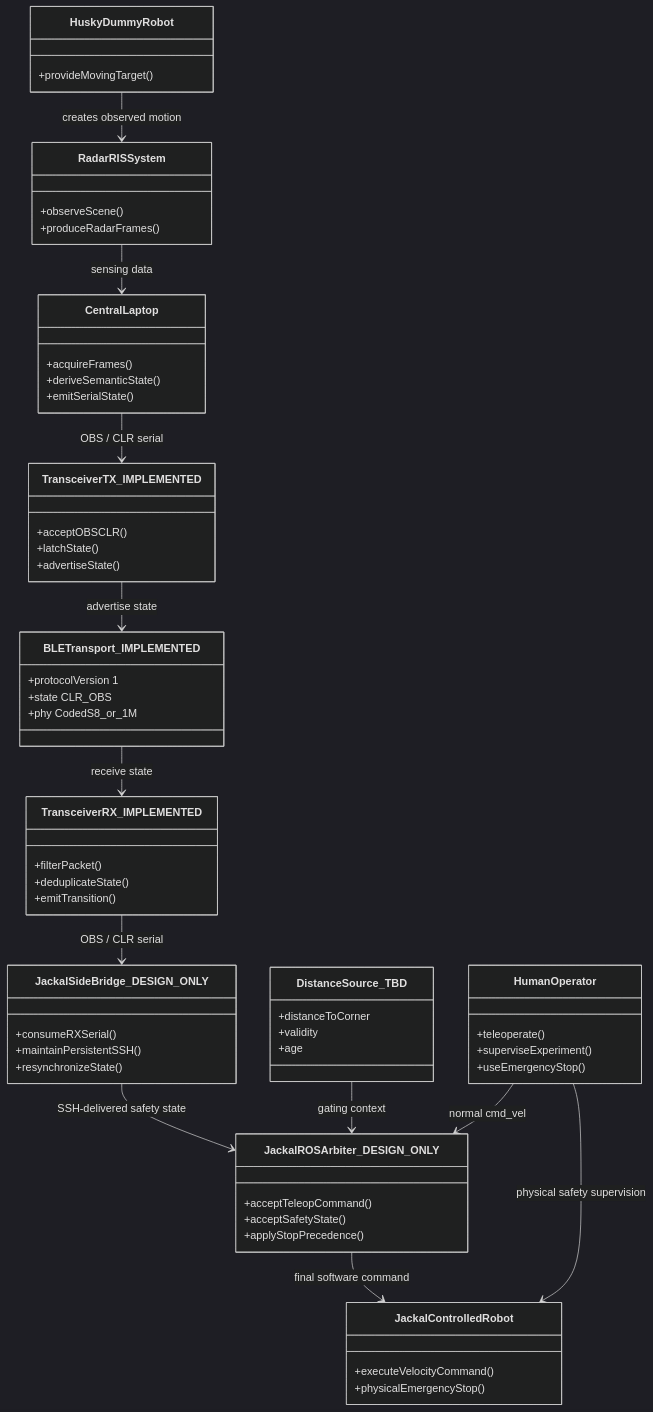
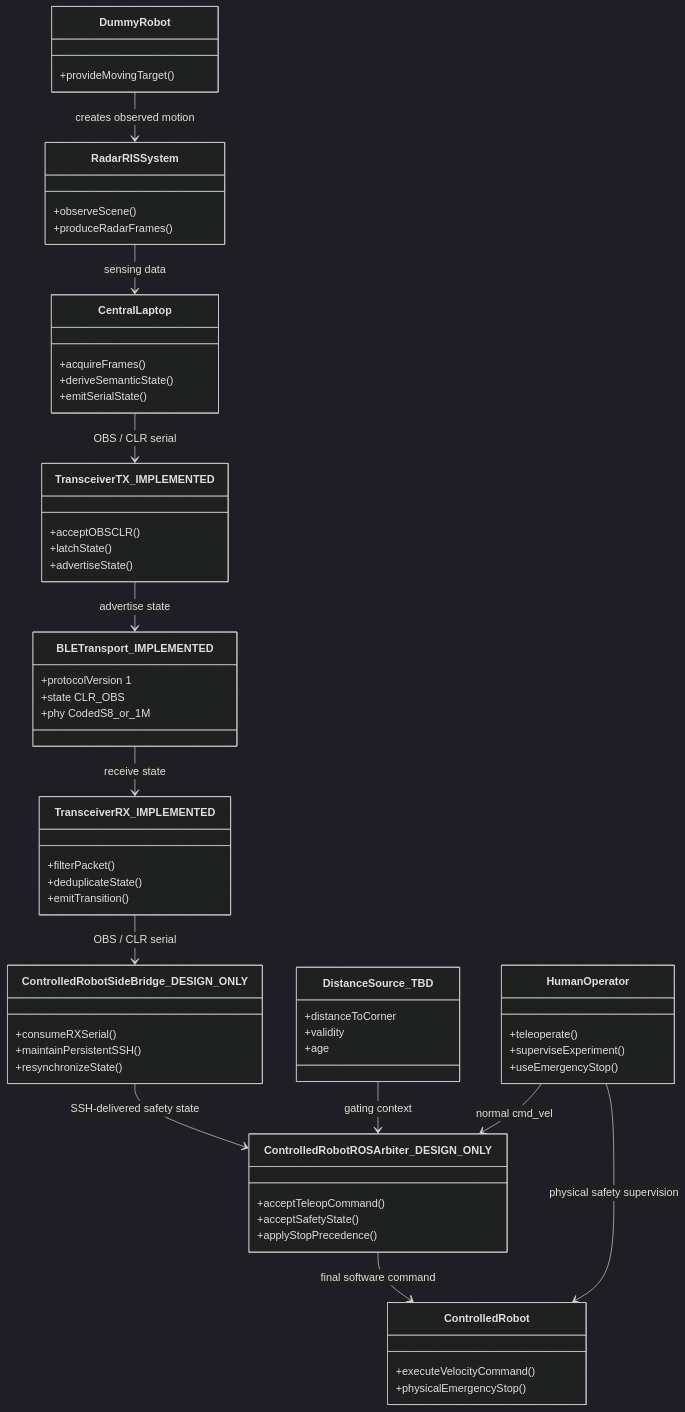
Before and after one commit to kirolossedra/RIS-Robotics: the first of 12 diagrams in system/uml.md, drawn with Mermaid (dark theme). The commit also changed other lines of this file and 7 other files, not shown here.

````diff
--- a/system/uml.md
+++ b/system/uml.md
@@ -52,66 +52,66 @@
 ```mermaid
 classDiagram
-    class HuskyDummyRobot {
+    class DummyRobot {
         +provideMovingTarget()
     }
     class RadarRISSystem {
         +observeScene()
         +produceRadarFrames()
     }
     class CentralLaptop {
         +acquireFrames()
         +deriveSemanticState()
         +emitSerialState()
     }
     class TransceiverTX_IMPLEMENTED {
         +acceptOBSCLR()
         +latchState()
         +advertiseState()
     }
     class BLETransport_IMPLEMENTED {
         +protocolVersion 1
         +state CLR_OBS
         +phy CodedS8_or_1M
     }
     class TransceiverRX_IMPLEMENTED {
         +filterPacket()
         +deduplicateState()
         +emitTransition()
     }
-    class JackalSideBridge_DESIGN_ONLY {
+    class Controlled RobotSideBridge_DESIGN_ONLY {
         +consumeRXSerial()
         +maintainPersistentSSH()
         +resynchronizeState()
     }
-    class JackalROSArbiter_DESIGN_ONLY {
+    class Controlled RobotROSArbiter_DESIGN_ONLY {
         +acceptTeleopCommand()
         +acceptSafetyState()
         +applyStopPrecedence()
     }
     class DistanceSource_TBD {
         +distanceToCorner
         +validity
         +age
     }
-    class JackalControlledRobot {
+    class ControlledRobot {
         +executeVelocityCommand()
         +physicalEmergencyStop()
     }
     class HumanOperator {
         +teleoperate()
         +superviseExperiment()
         +useEmergencyStop()
     }
 
-    HuskyDummyRobot --> RadarRISSystem : creates observed motion
+    DummyRobot --> RadarRISSystem : creates observed motion
     RadarRISSystem --> CentralLaptop : sensing data
     CentralLaptop --> TransceiverTX_IMPLEMENTED : OBS / CLR serial
     TransceiverTX_IMPLEMENTED --> BLETransport_IMPLEMENTED : advertise state
     BLETransport_IMPLEMENTED --> TransceiverRX_IMPLEMENTED : receive state
-    TransceiverRX_IMPLEMENTED --> JackalSideBridge_DESIGN_ONLY : OBS / CLR serial
-    JackalSideBridge_DESIGN_ONLY --> JackalROSArbiter_DESIGN_ONLY : SSH-delivered safety state
-    DistanceSource_TBD --> JackalROSArbiter_DESIGN_ONLY : gating context
-    HumanOperator --> JackalROSArbiter_DESIGN_ONLY : normal cmd_vel
-    JackalROSArbiter_DESIGN_ONLY --> JackalControlledRobot : final software command
-    HumanOperator --> JackalControlledRobot : physical safety supervision
+    TransceiverRX_IMPLEMENTED --> Controlled RobotSideBridge_DESIGN_ONLY : OBS / CLR serial
+    Controlled RobotSideBridge_DESIGN_ONLY --> Controlled RobotROSArbiter_DESIGN_ONLY : SSH-delivered safety state
+    DistanceSource_TBD --> Controlled RobotROSArbiter_DESIGN_ONLY : gating context
+    HumanOperator --> Controlled RobotROSArbiter_DESIGN_ONLY : normal cmd_vel
+    Controlled RobotROSArbiter_DESIGN_ONLY --> ControlledRobot : final software command
+    HumanOperator --> ControlledRobot : physical safety supervision
 ```
````
